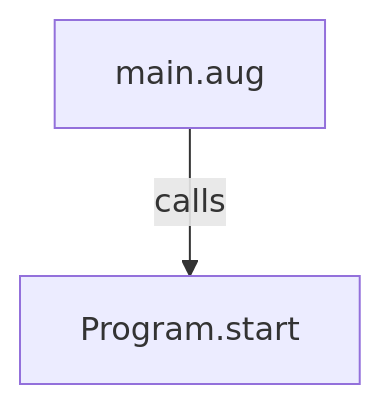
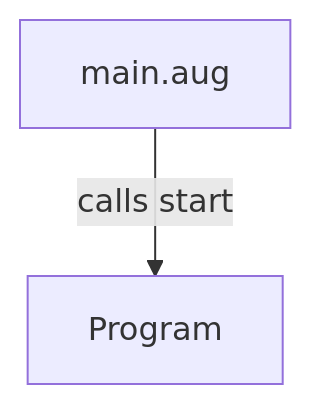
Before and after one commit to GreenPandaStudios/augscript: the first of 2 diagrams in docs/examples/generic-di/main-diagrams.md, drawn with Mermaid. The commit also changed other lines of this file and 304 other files, not shown here.

Commit message:
Make generated data-flow sequences concise and review every diagram

````diff
--- a/docs/examples/generic-di/main-diagrams.md
+++ b/docs/examples/generic-di/main-diagrams.md
@@ -28,6 +19,6 @@
 ```mermaid
 flowchart TD
     n0["main.aug"]
-    n1["Program.start"]
-    n0 -->|"calls"| n1
+    n1["Program"]
+    n0 -->|"calls start"| n1
 ```
````
